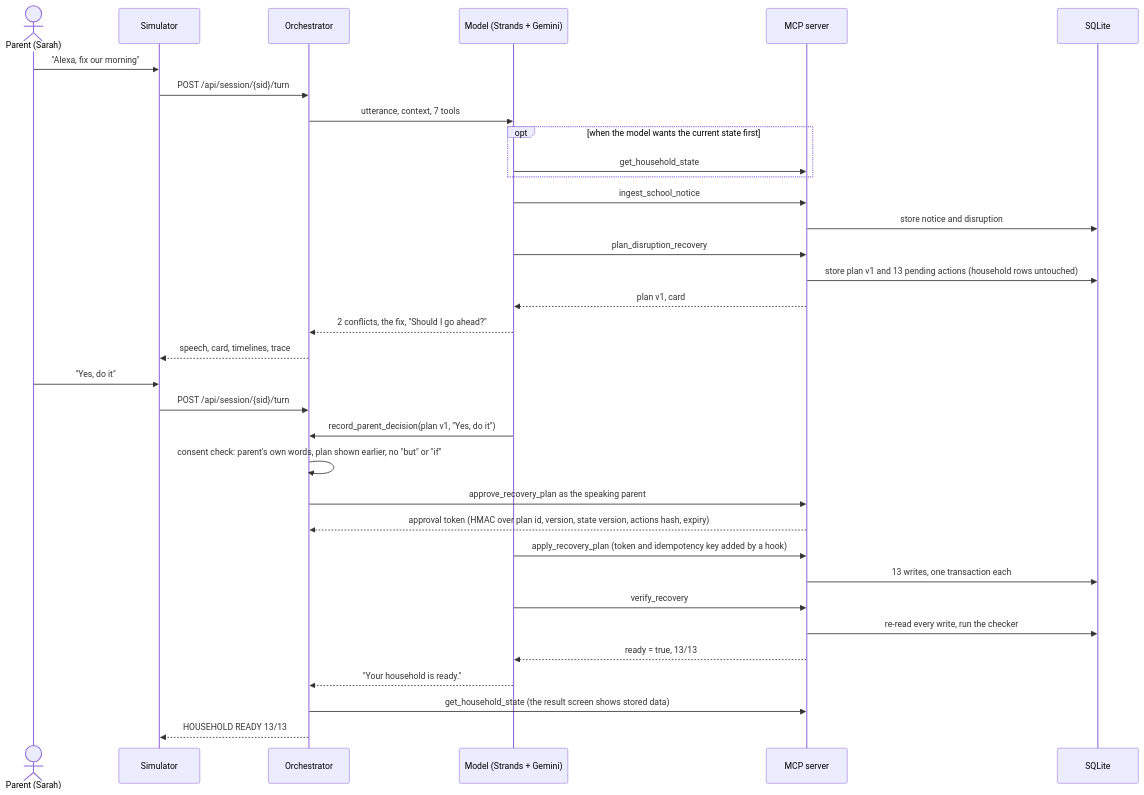
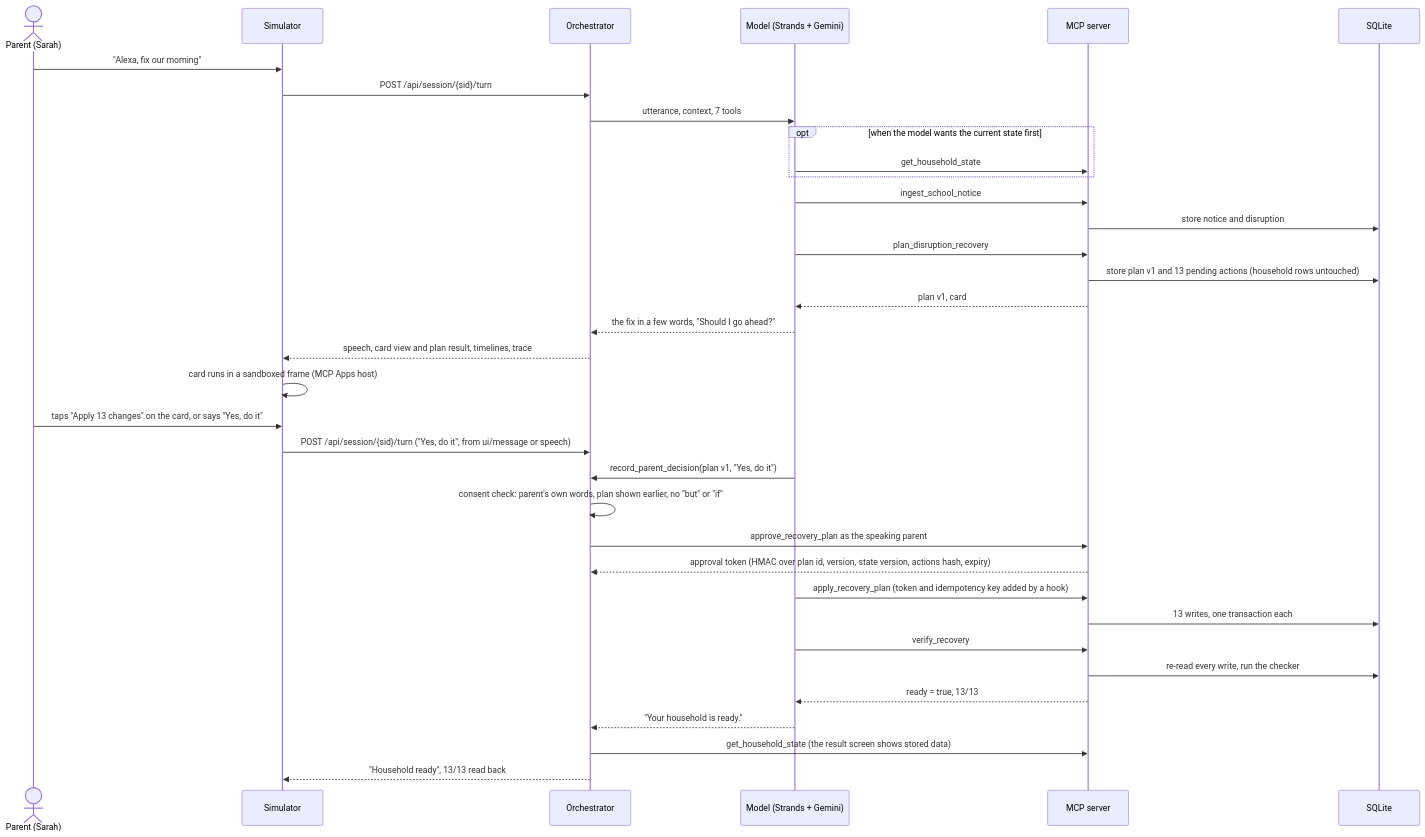
The second of 4 diagrams in README.md (dltpgml1112/household-disruption-recovery), drawn with Mermaid before and after one commit. The commit also changed other lines of this file and 150 other files, not shown here.

First line of the commit message:
MCP App card, wall display and phone views, evaluation run of 2026-10-21

````diff
--- a/README.md
+++ b/README.md
@@ -123,38 +185,39 @@
 ```mermaid
 sequenceDiagram
     actor P as Parent (Sarah)
     participant S as Simulator
     participant O as Orchestrator
     participant M as Model (Strands + Gemini)
     participant X as MCP server
     participant D as SQLite
 
     P->>S: "Alexa, fix our morning"
     S->>O: POST /api/session/{sid}/turn
     O->>M: utterance, context, 7 tools
     opt when the model wants the current state first
         M->>X: get_household_state
     end
     M->>X: ingest_school_notice
     X->>D: store notice and disruption
     M->>X: plan_disruption_recovery
     X->>D: store plan v1 and 13 pending actions (household rows untouched)
     X-->>M: plan v1, card
-    M-->>O: 2 conflicts, the fix, "Should I go ahead?"
-    O-->>S: speech, card, timelines, trace
+    M-->>O: the fix in a few words, "Should I go ahead?"
+    O-->>S: speech, card view and plan result, timelines, trace
+    S->>S: card runs in a sandboxed frame (MCP Apps host)
 
-    P->>S: "Yes, do it"
-    S->>O: POST /api/session/{sid}/turn
+    P->>S: taps "Apply 13 changes" on the card, or says "Yes, do it"
+    S->>O: POST /api/session/{sid}/turn ("Yes, do it", from ui/message or speech)
     M->>O: record_parent_decision(plan v1, "Yes, do it")
     O->>O: consent check: parent's own words, plan shown earlier, no "but" or "if"
     O->>X: approve_recovery_plan as the speaking parent
     X-->>O: approval token (HMAC over plan id, version, state version, actions hash, expiry)
     M->>X: apply_recovery_plan (token and idempotency key added by a hook)
     X->>D: 13 writes, one transaction each
     M->>X: verify_recovery
     X->>D: re-read every write, run the checker
     X-->>M: ready = true, 13/13
     M-->>O: "Your household is ready."
     O->>X: get_household_state (the result screen shows stored data)
-    O-->>S: HOUSEHOLD READY 13/13
+    O-->>S: "Household ready", 13/13 read back
 ```
````
